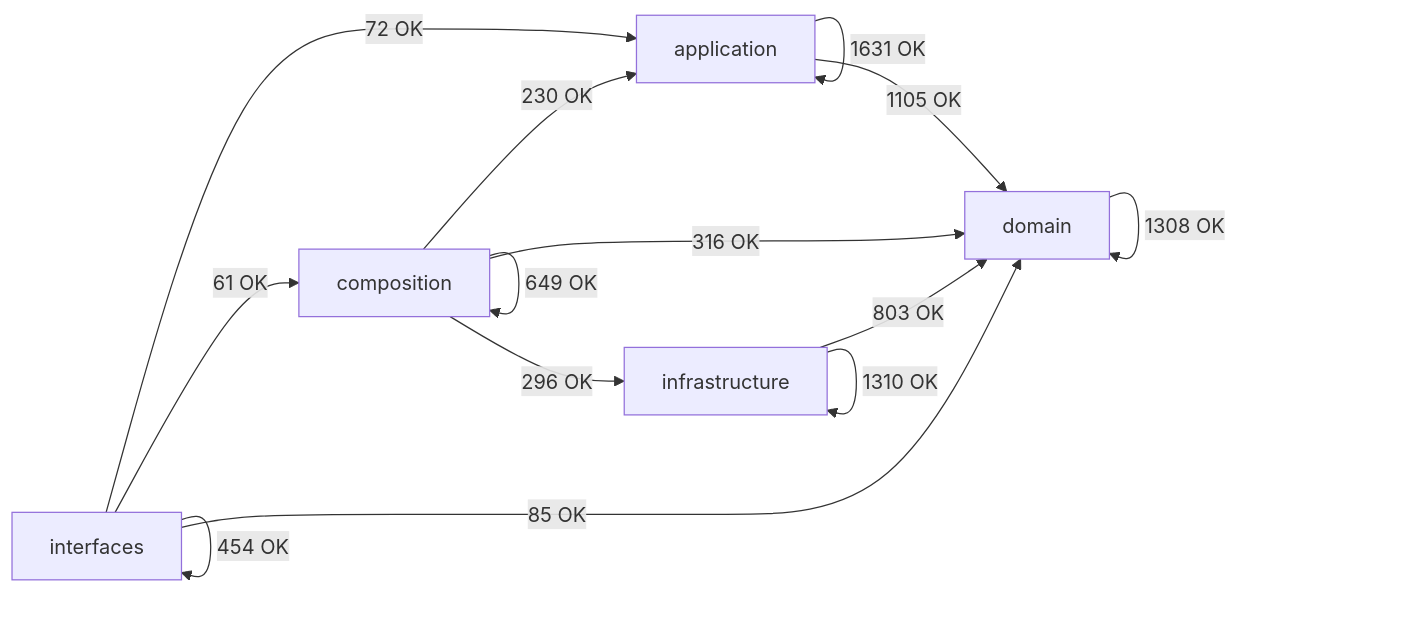
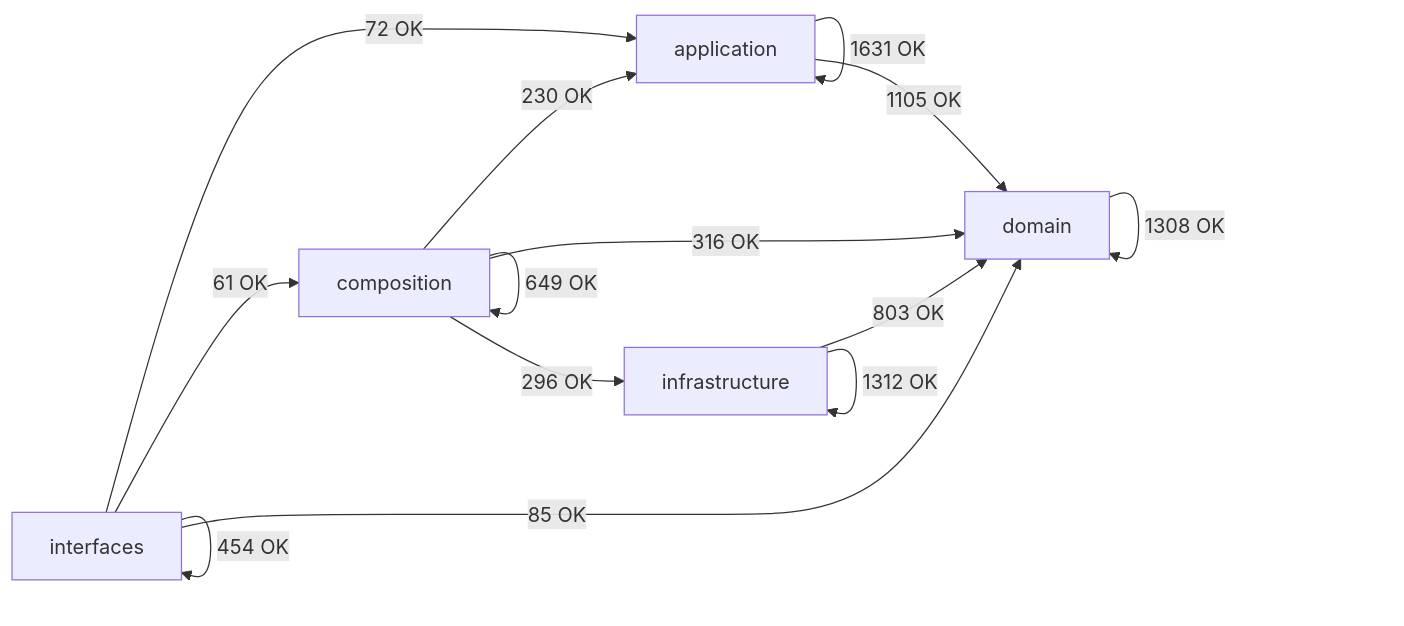
One commit to SatoryKono/BioactivityDataAcquisition changed the diagram in docs/02-architecture/generated/module-dependency-map.md. Above: the diagram before and after it, drawn with Mermaid. The commit also changed other lines of this file and 18 other files, not shown here.

````diff
--- a/docs/02-architecture/generated/module-dependency-map.md
+++ b/docs/02-architecture/generated/module-dependency-map.md
@@ -17,21 +17,21 @@
 ```mermaid
 flowchart LR
     domain[domain]
     application[application]
     infrastructure[infrastructure]
     composition[composition]
     interfaces[interfaces]
     application -->|1631 OK| application
     application -->|1105 OK| domain
     composition -->|230 OK| application
     composition -->|649 OK| composition
     composition -->|316 OK| domain
     composition -->|296 OK| infrastructure
     domain -->|1308 OK| domain
     infrastructure -->|803 OK| domain
-    infrastructure -->|1310 OK| infrastructure
+    infrastructure -->|1312 OK| infrastructure
     interfaces -->|72 OK| application
     interfaces -->|61 OK| composition
     interfaces -->|85 OK| domain
     interfaces -->|454 OK| interfaces
 ```
````
